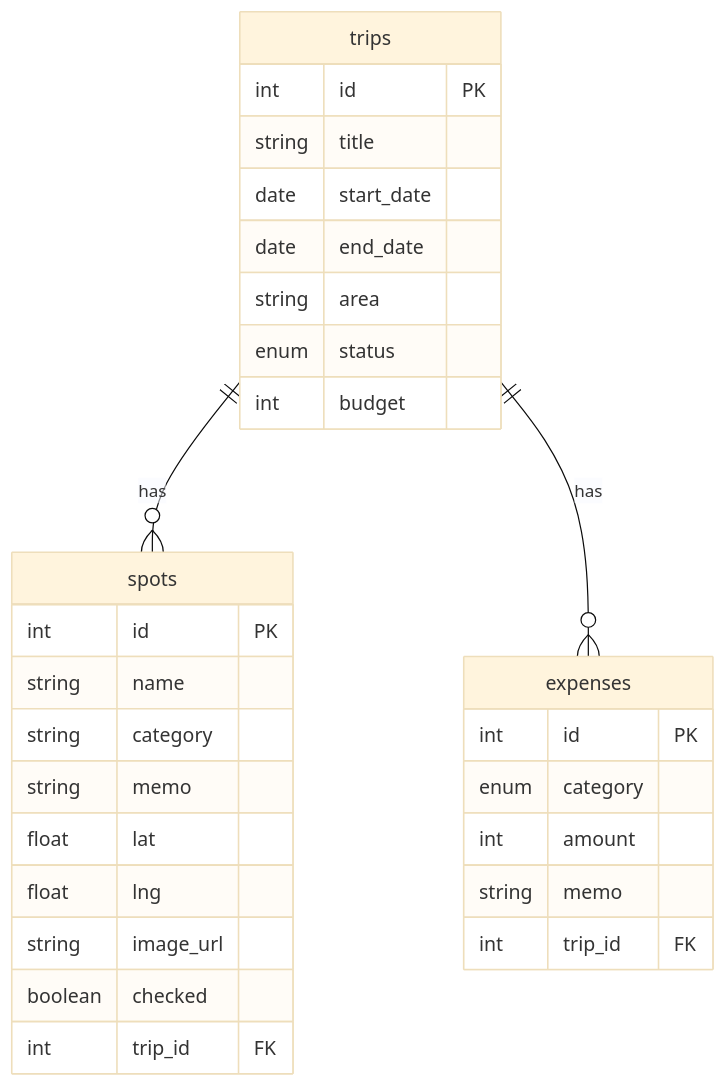
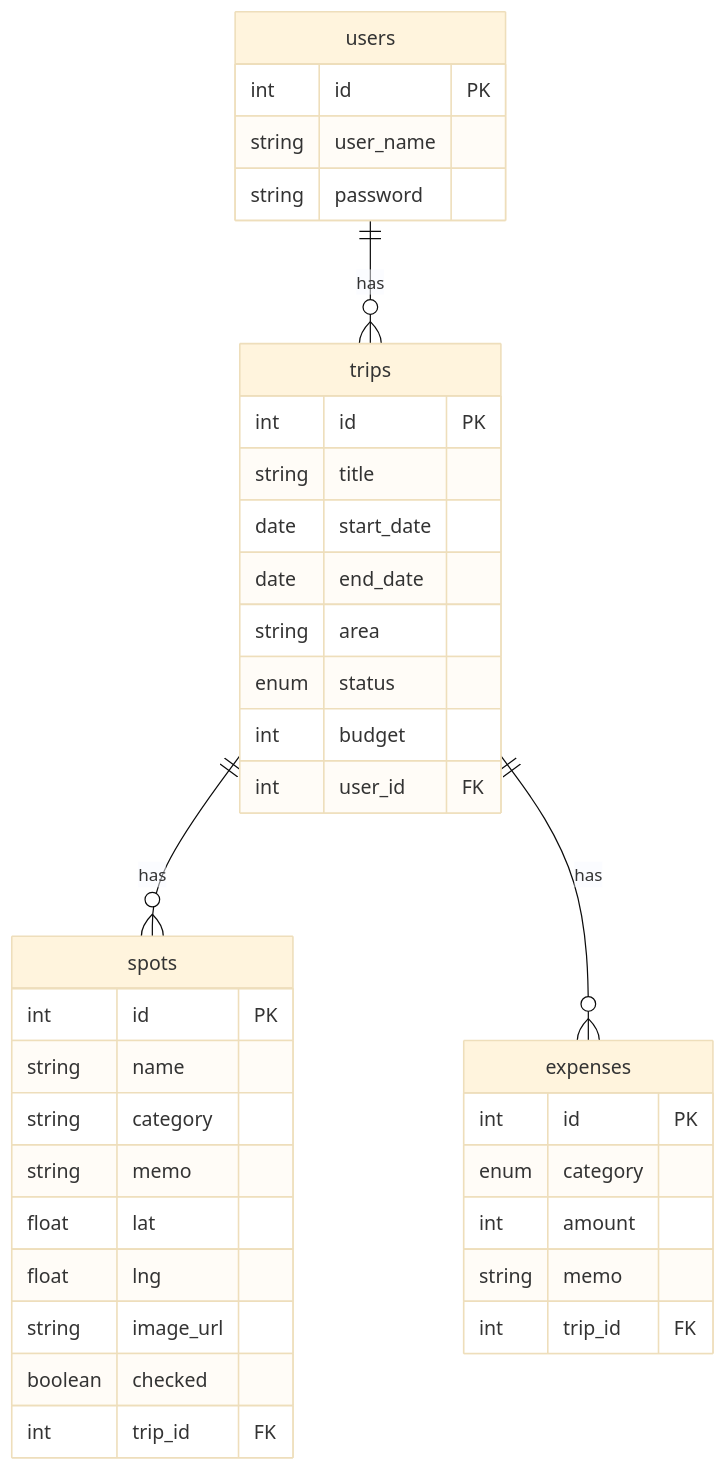
Before and after one commit to kiskm/tabi-note-deploy: the diagram in docs/db-design.md, drawn with Mermaid (base theme). The commit also changed other lines of this file and 2 other files, not shown here.

````diff
--- a/docs/db-design.md
+++ b/docs/db-design.md
@@ -5,33 +5,41 @@
 ```mermaid
 erDiagram
+    users {
+        int id PK
+        string user_name
+        string password
+    }
+
     trips {
         int id PK
         string title
         date start_date
         date end_date
         string area
         enum status
         int budget
+        int user_id FK
     }
     spots {
         int id PK
         string name
         string category
         string memo
         float lat
         float lng
         string image_url
         boolean checked
         int trip_id FK
     }
     expenses {
         int id PK
         enum category
         int amount
         string memo
         int trip_id FK
     }
 
+    users ||--o{ trips : "has"
     trips ||--o{ spots : "has"
     trips ||--o{ expenses : "has"
 ```
````
